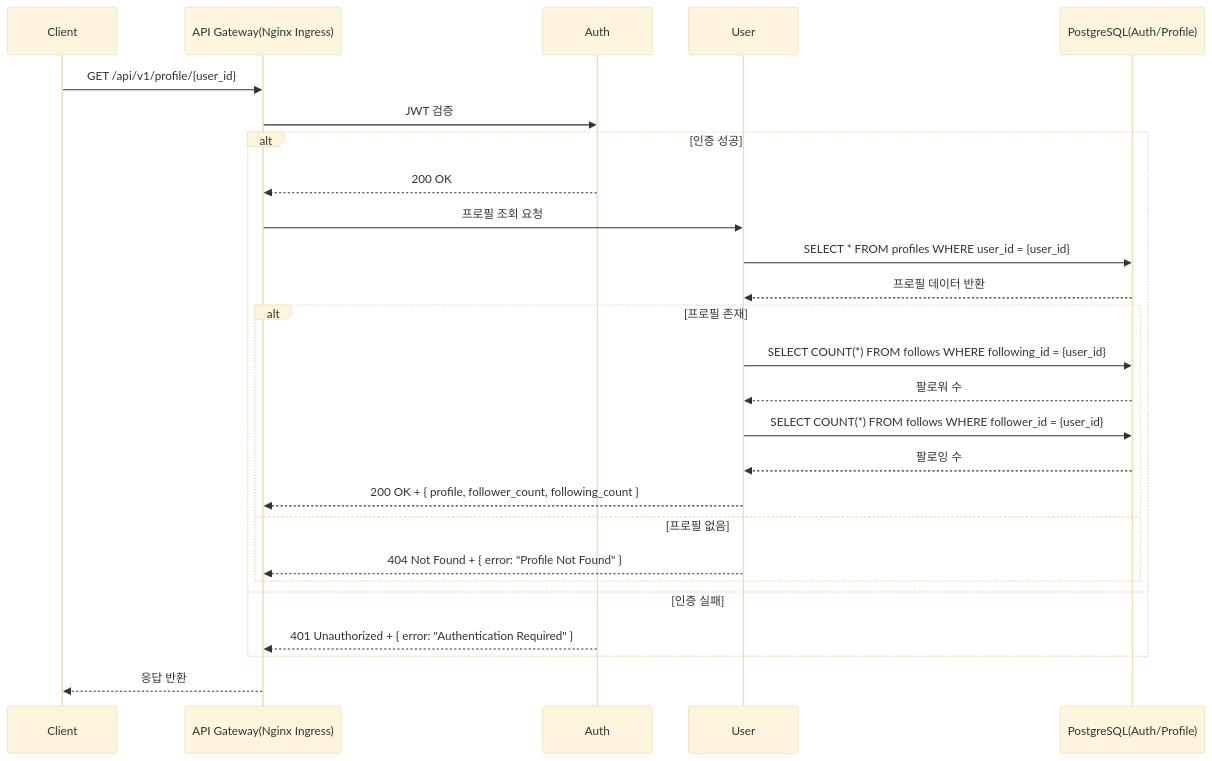
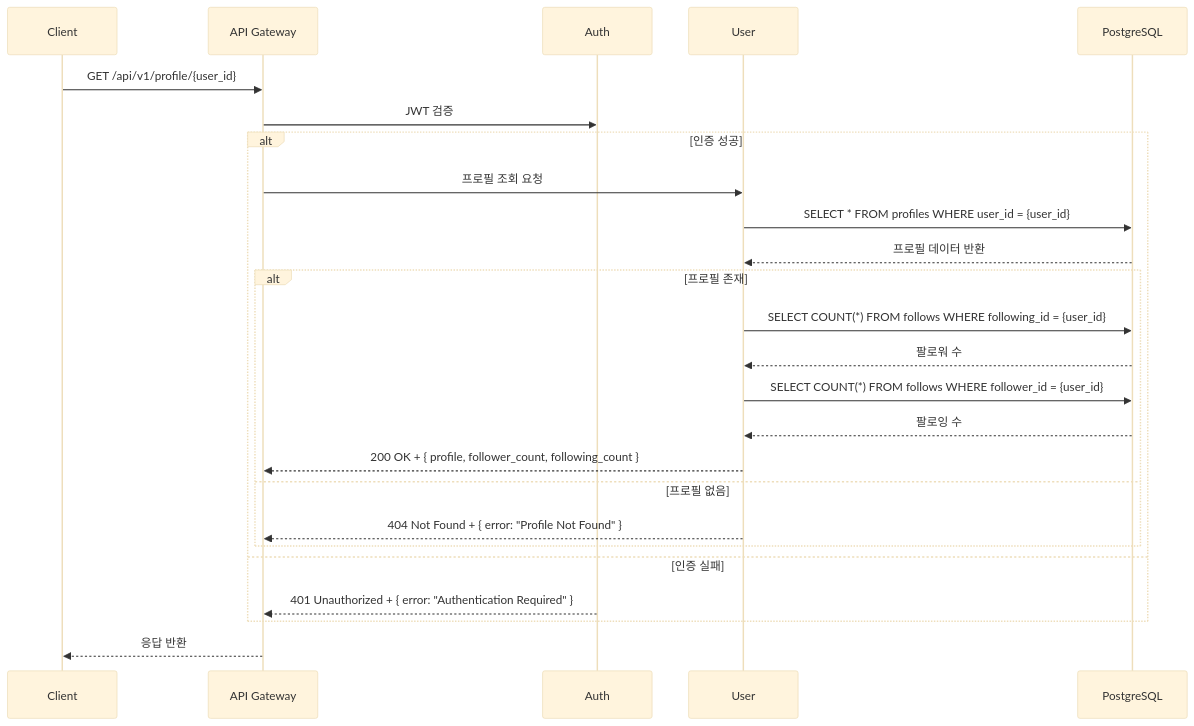
One commit to myeonghan-nim/veilgram changed the seventh of 47 diagrams in documents/sequence_diagram.md. Above: the diagram before and after it, drawn with Mermaid (base theme). The commit also changed other lines of this file and 1 other file, not shown here.

````diff
--- a/documents/sequence_diagram.md
+++ b/documents/sequence_diagram.md
@@ -236,29 +235,28 @@
 ```mermaid
 sequenceDiagram
     participant Client as Client
-    participant APIGW as API Gateway(Nginx Ingress)
+    participant APIGW as API Gateway
     participant Auth as Auth
     participant User as User
-    participant DB as PostgreSQL(Auth/Profile)
+    participant DB as PostgreSQL
 
     Client->>APIGW: GET /api/v1/profile/{user_id}
     APIGW->>Auth: JWT 검증
     alt 인증 성공
-        Auth-->>APIGW: 200 OK
         APIGW->>User: 프로필 조회 요청
         User->>DB: SELECT * FROM profiles WHERE user_id = {user_id}
         DB-->>User: 프로필 데이터 반환
         alt 프로필 존재
             User->>DB: SELECT COUNT(*) FROM follows WHERE following_id = {user_id}
             DB-->>User: 팔로워 수
             User->>DB: SELECT COUNT(*) FROM follows WHERE follower_id = {user_id}
             DB-->>User: 팔로잉 수
             User-->>APIGW: 200 OK + { profile, follower_count, following_count }
         else 프로필 없음
             User-->>APIGW: 404 Not Found + { error: "Profile Not Found" }
         end
     else 인증 실패
         Auth-->>APIGW: 401 Unauthorized + { error: "Authentication Required" }
     end
     APIGW-->>Client: 응답 반환
 ```
````
